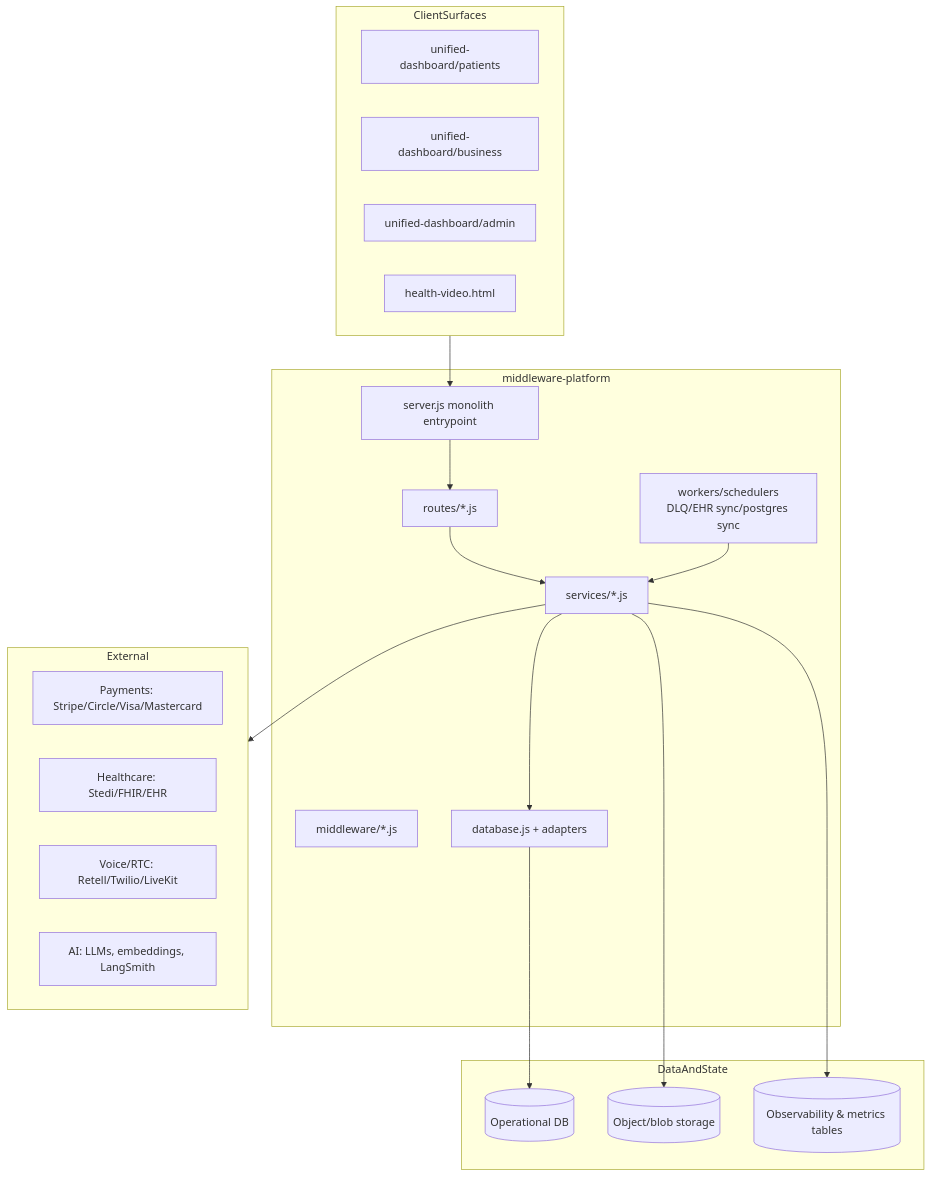
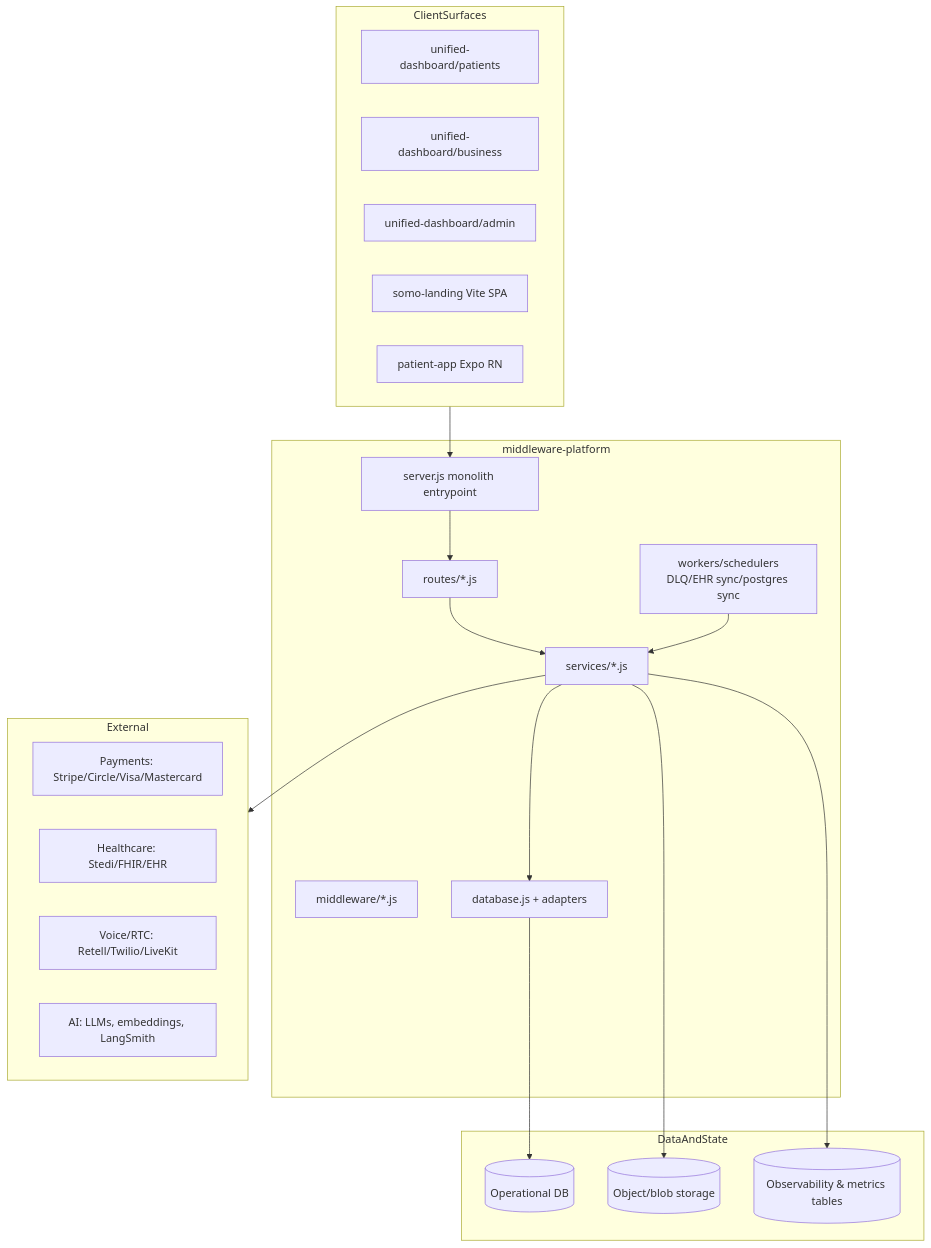
One commit to thetradingdoc/somo-platform changed the third of 8 diagrams in docs/architecture/LIVE.md. Above: the diagram before and after it, drawn with Mermaid. The commit also changed other lines of this file and 414 other files, not shown here.

First line of the commit message:
Revert "feat(health-video): Kelly PA video sessions, landing UI, and platform cleanup"

````diff
--- a/docs/architecture/LIVE.md
+++ b/docs/architecture/LIVE.md
@@ -138,41 +138,42 @@
 ```mermaid
 flowchart TB
     subgraph ClientSurfaces
       U1[unified-dashboard/patients]
       U2[unified-dashboard/business]
       U3[unified-dashboard/admin]
-      U5[health-video.html]
+      U4[somo-landing Vite SPA]
+      M1[patient-app Expo RN]
     end
 
     subgraph Middleware["middleware-platform"]
       S1[server.js monolith entrypoint]
       R1[routes/*.js]
       SV1[services/*.js]
       MW1[middleware/*.js]
       DBA[database.js + adapters]
       WK1[workers/schedulers<br/>DLQ/EHR sync/postgres sync]
     end
 
     subgraph DataAndState
       D1[(Operational DB)]
       D2[(Object/blob storage)]
       D3[(Observability & metrics tables)]
     end
 
     subgraph External
       X1[Payments: Stripe/Circle/Visa/Mastercard]
       X2[Healthcare: Stedi/FHIR/EHR]
       X3[Voice/RTC: Retell/Twilio/LiveKit]
       X4[AI: LLMs, embeddings, LangSmith]
     end
 
     ClientSurfaces --> S1
     S1 --> R1
     R1 --> SV1
     SV1 --> DBA
     DBA --> D1
     SV1 --> D2
     SV1 --> D3
     SV1 --> External
     WK1 --> SV1
 ```
````
